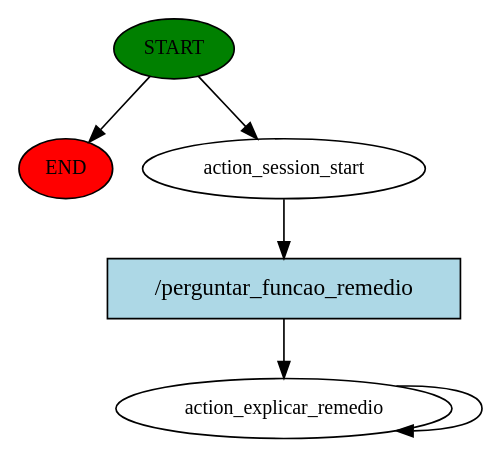
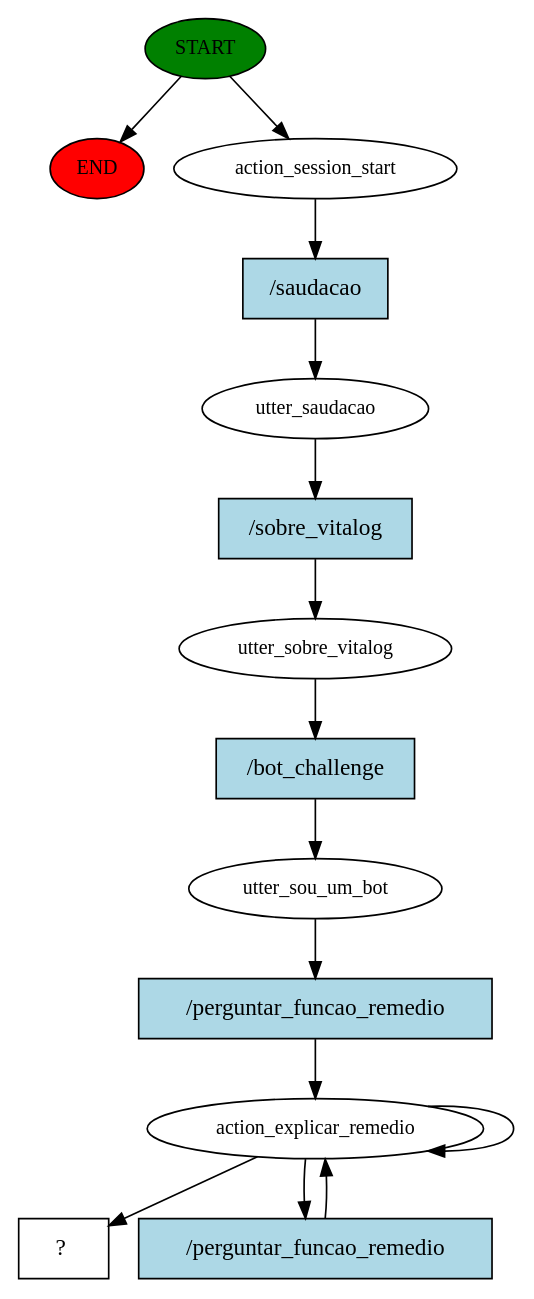
One commit to TimoteoSoaresTeixeira/ChatbotTeste changed the diagram in story_graph.dot. Above: the diagram before and after it, drawn with Graphviz. The commit also changed 130 other files, not shown here.

```diff
--- a/story_graph.dot
+++ b/story_graph.dot
@@ -1,12 +1,29 @@
 digraph  {
 0 [class="start active", fillcolor=green, fontsize=12, label=START, style=filled];
 "-1" [class=end, fillcolor=red, fontsize=12, label=END, style=filled];
 1 [class=active, fontsize=12, label=action_session_start];
-2 [class="active dashed", fontsize=12, label=action_explicar_remedio];
-5 [class="intent active", fillcolor=lightblue, label="/perguntar_funcao_remedio", shape=rect, style=filled];
+2 [class=active, fontsize=12, label=utter_saudacao];
+3 [class=active, fontsize=12, label=utter_sobre_vitalog];
+4 [class=active, fontsize=12, label=utter_sou_um_bot];
+5 [class=active, fontsize=12, label=action_explicar_remedio];
+9 [class="intent dashed active", label="  ?  ", shape=rect];
+10 [class="intent active", fillcolor=lightblue, label="/saudacao", shape=rect, style=filled];
+11 [class="intent active", fillcolor=lightblue, label="/sobre_vitalog", shape=rect, style=filled];
+12 [class="intent active", fillcolor=lightblue, label="/bot_challenge", shape=rect, style=filled];
+13 [class="intent active", fillcolor=lightblue, label="/perguntar_funcao_remedio", shape=rect, style=filled];
+14 [class="intent active", fillcolor=lightblue, label="/perguntar_funcao_remedio", shape=rect, style=filled];
 0 -> "-1"  [class="", key=NONE, label=""];
 0 -> 1  [class=active, key=NONE, label=""];
-1 -> 5  [class=active, key=0];
-2 -> 2  [class=active, key=NONE, label=""];
-5 -> 2  [class=active, key=0];
+1 -> 10  [class=active, key=0];
+2 -> 11  [class=active, key=0];
+3 -> 12  [class=active, key=0];
+4 -> 13  [class=active, key=0];
+5 -> 5  [class=active, key=NONE, label=""];
+5 -> 9  [class=active, key=NONE, label=""];
+5 -> 14  [class=active, key=0];
+10 -> 2  [class=active, key=0];
+11 -> 3  [class=active, key=0];
+12 -> 4  [class=active, key=0];
+13 -> 5  [class=active, key=0];
+14 -> 5  [class=active, key=0];
 }
```
